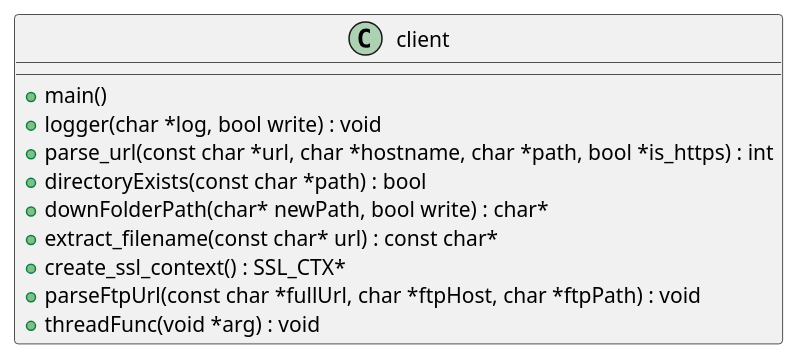
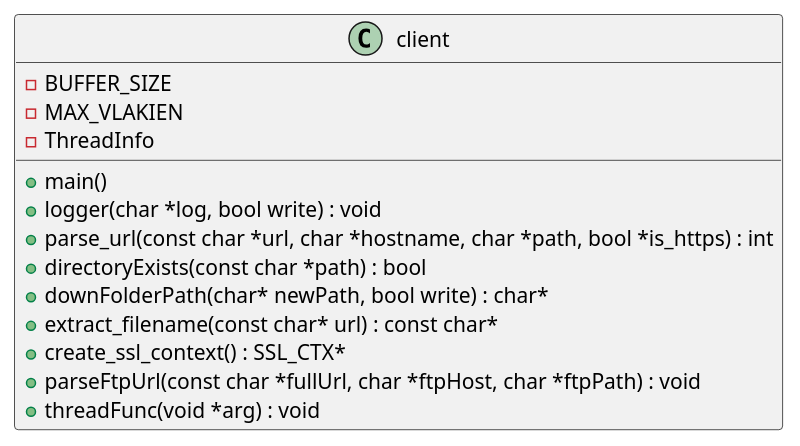
One commit to bluMister/semestralka changed the diagram in semestralka.puml. Above: the diagram before and after it, drawn with PlantUML. The commit also changed 1 other file, not shown here.

Commit message:
aktualizácia UML a pridanie UML do dokumentácie

```diff
--- a/semestralka.puml
+++ b/semestralka.puml
@@ -1,16 +1,19 @@
 @startuml
 'class diagram
 
 class client {
+    - BUFFER_SIZE
+    - MAX_VLAKIEN
+    -ThreadInfo
     + main()
     + logger(char *log, bool write) : void
     + parse_url(const char *url, char *hostname, char *path, bool *is_https) : int
     + directoryExists(const char *path) : bool
     + downFolderPath(char* newPath, bool write) : char*
     + extract_filename(const char* url) : const char*
     + create_ssl_context() : SSL_CTX*
     + parseFtpUrl(const char *fullUrl, char *ftpHost, char *ftpPath) : void
     + threadFunc(void *arg) : void
 }
 
 @enduml
```
